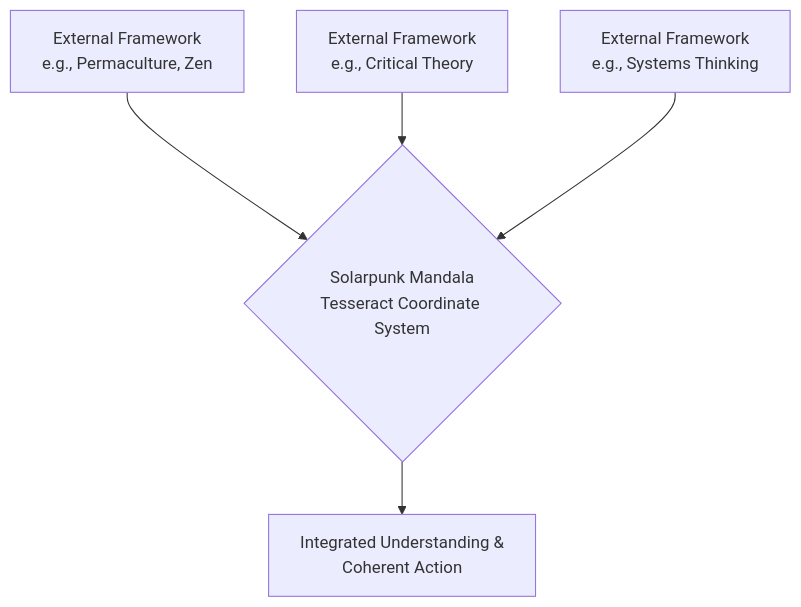
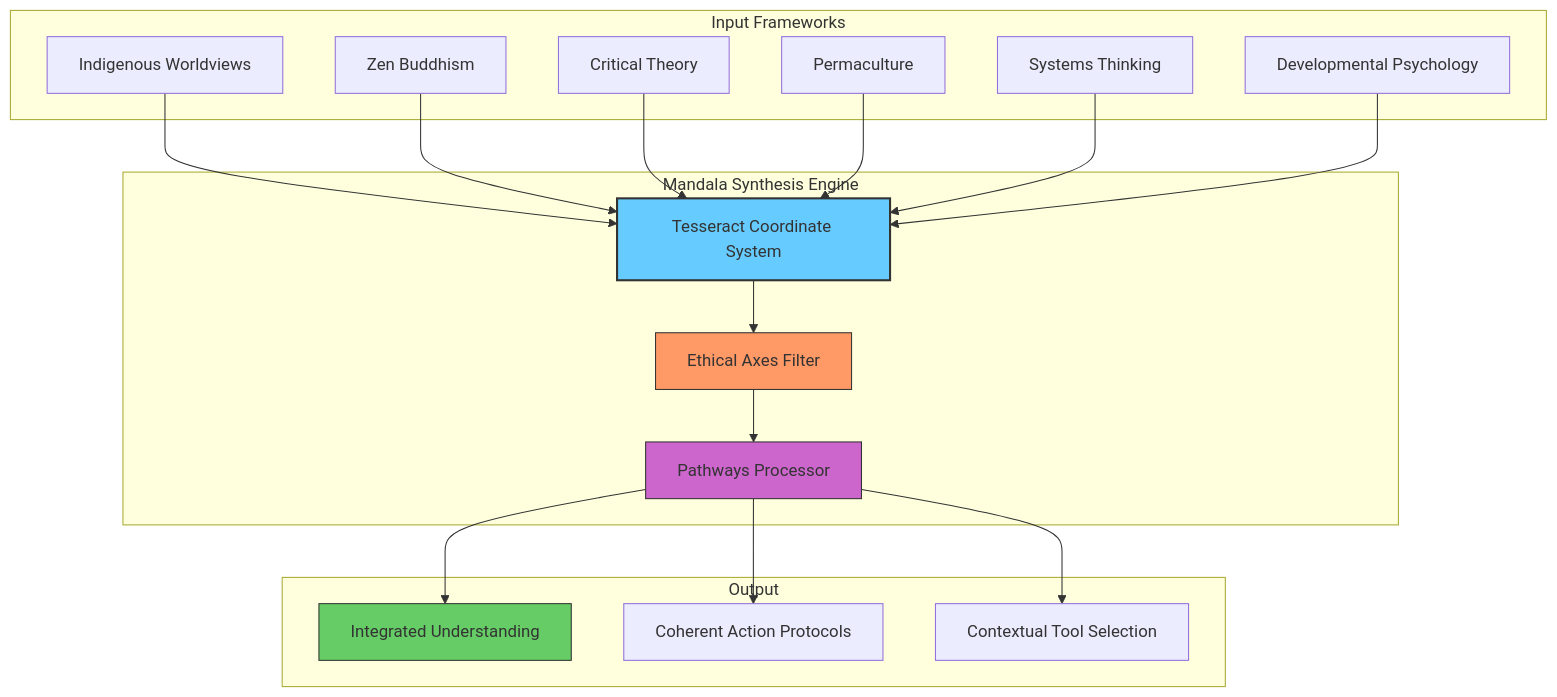
One commit to ravaioli/solarpunk-mandala changed the first of 3 diagrams in docs/core-model/09-compatible-frameworks-matrix.md. Above: the diagram before and after it, drawn with Mermaid. The commit also changed other lines of this file, not shown here.

````diff
--- a/docs/core-model/09-compatible-frameworks-matrix.md
+++ b/docs/core-model/09-compatible-frameworks-matrix.md
@@ -25,7 +25,33 @@
 ```mermaid
 flowchart TD
-    A[External Framework<br/>e.g., Permaculture, Zen] --> B{Solarpunk Mandala<br/>Tesseract Coordinate System};
-    C[External Framework<br/>e.g., Critical Theory] --> B;
-    D[External Framework<br/>e.g., Systems Thinking] --> B;
-    B --> E[Integrated Understanding &<br/>Coherent Action];
+    subgraph "Input Frameworks"
+        A[Indigenous Worldviews]
+        B[Zen Buddhism]
+        C[Critical Theory]
+        D[Permaculture]
+        E[Systems Thinking]
+        F[Developmental Psychology]
+    end
+    
+    subgraph "Mandala Synthesis Engine"
+        G[Tesseract Coordinate System]
+        H[Ethical Axes Filter]
+        I[Pathways Processor]
+    end
+    
+    subgraph "Output"
+        J[Integrated Understanding]
+        K[Coherent Action Protocols]
+        L[Contextual Tool Selection]
+    end
+    
+    A & B & C & D & E & F --> G
+    G --> H
+    H --> I
+    I --> J & K & L
+    
+    style G fill:#6cf,stroke:#333,stroke-width:2px
+    style H fill:#f96,stroke:#333
+    style I fill:#c6c,stroke:#333
+    style J fill:#6c6,stroke:#333
 ```
````
